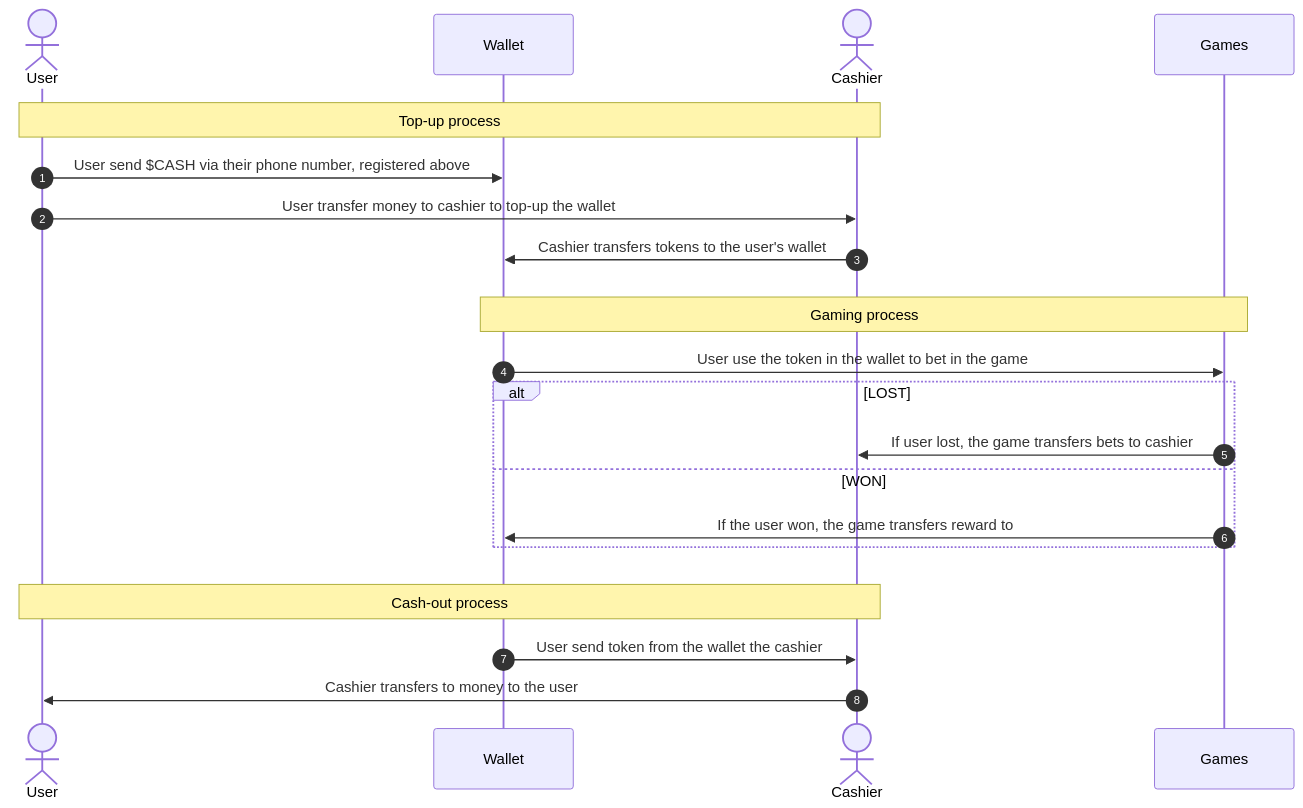
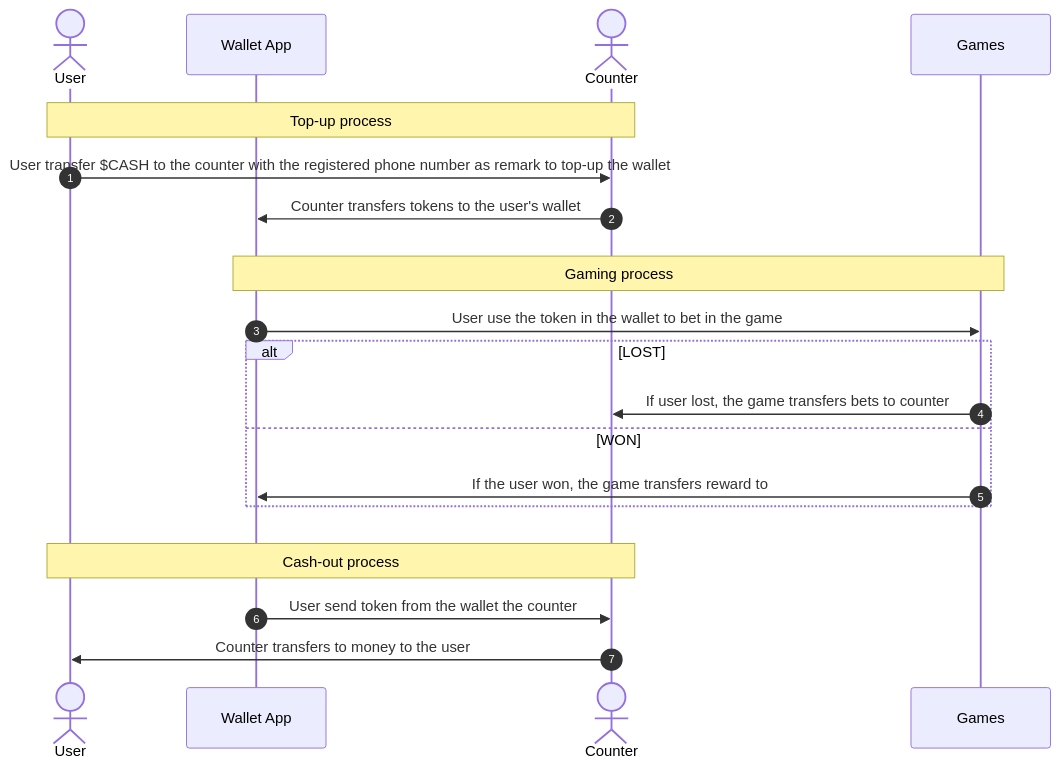
Before and after one commit to selendra/web3-game-gallery: the third of 5 diagrams in README.md, drawn with Mermaid. The commit also changed other lines of this file, not shown here.

Commit message:
add registration procress & update top-up process

````diff
--- a/README.md
+++ b/README.md
@@ -72,32 +85,32 @@
 ```mermaid
 sequenceDiagram
     autonumber
 
     actor A as User
-    participant B as Wallet
-    actor C as Cashier
+    participant B as Wallet App
+    actor C as Counter
     participant D as Games
 
     rect rgba(255, 255, 255, 0.2)
     Note over A,C: Top-up process
-    A ->> B: User send $CASH via their phone number, registered above
-    A ->> C: User transfer money to cashier to top-up the wallet
-    C ->> B: Cashier transfers tokens to the user's wallet
+    #A ->> B: User send $CASH via their phone number, registered above
+    A ->> C: User transfer $CASH  to the counter with the registered phone number as remark to top-up the wallet
+    C ->> B: Counter transfers tokens to the user's wallet
     end
     rect rgba(255, 255, 255, 0.2)
         Note over B,D: Gaming process
         B ->> D: User use the token in the wallet to bet in the game
         alt LOST
-            D ->> C: If user lost, the game transfers bets to cashier
+            D ->> C: If user lost, the game transfers bets to counter
         else WON
             D ->> B: If the user won, the game transfers reward to
         end
     end
 
     rect rgba(255, 255, 255, 0.2)
     Note over A,C: Cash-out process
-    B ->> C: User send token from the wallet the cashier
-    C ->> A: Cashier transfers to money to the user
+    B ->> C: User send token from the wallet the counter
+    C ->> A: Counter transfers to money to the user
     end
 
 ```
````
